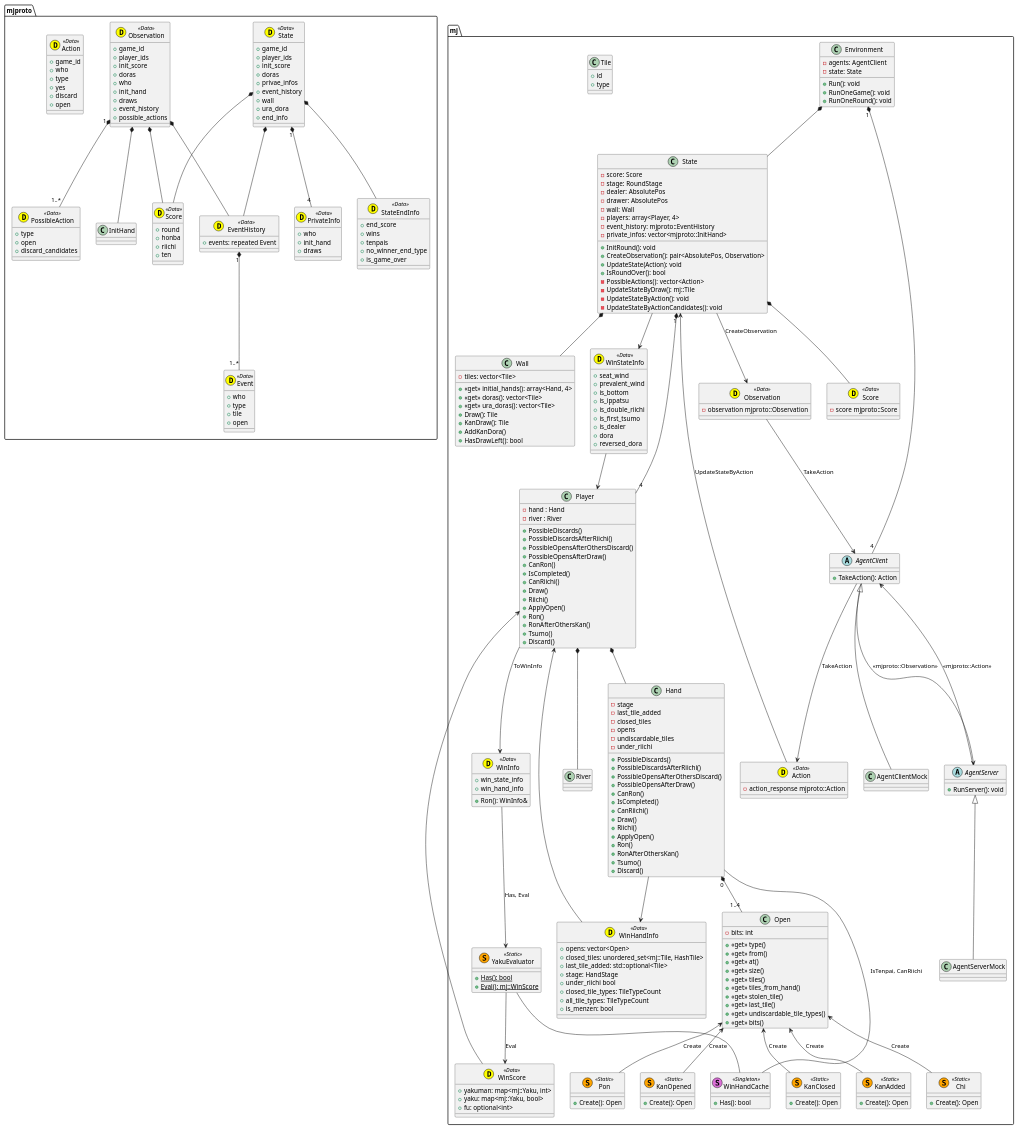
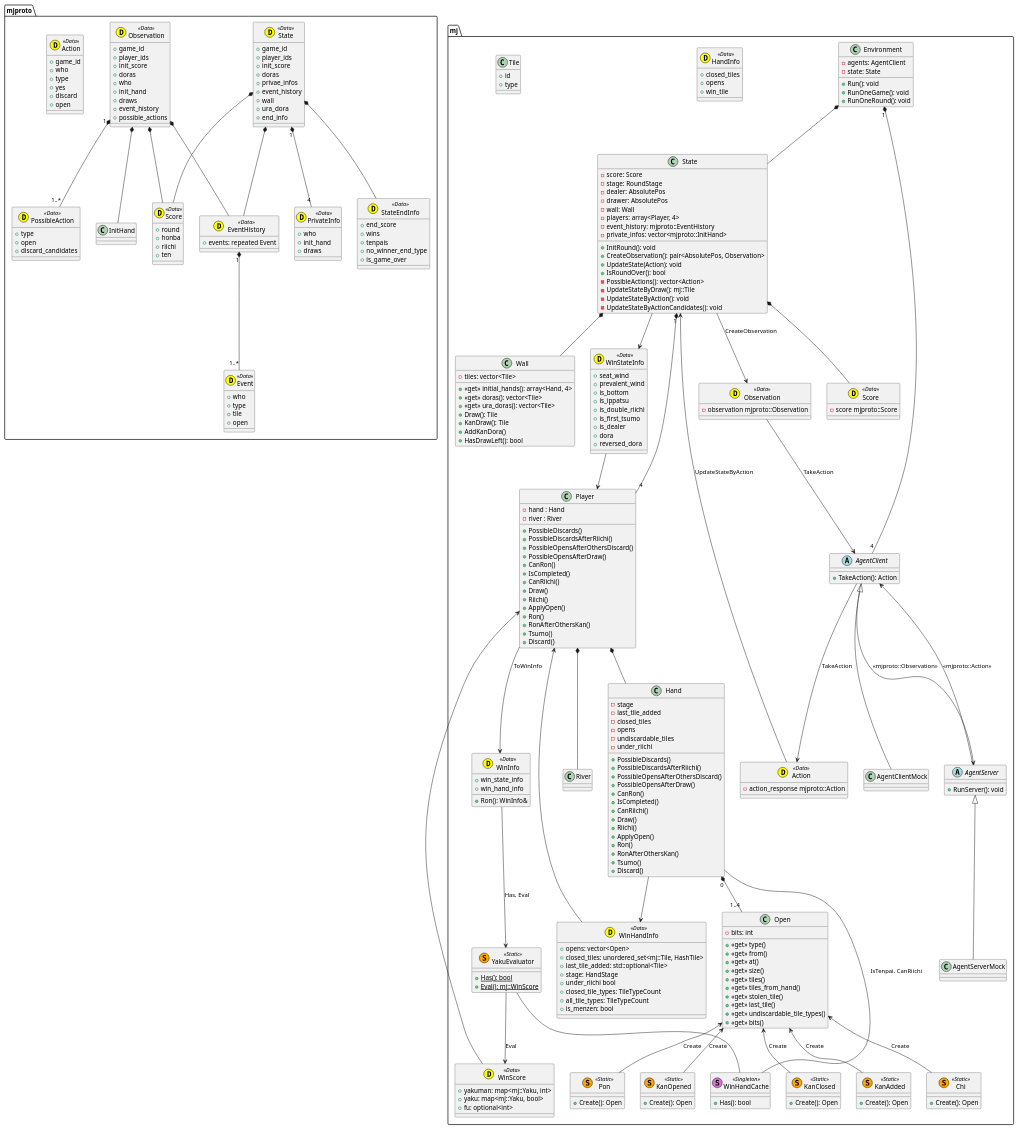
One commit to mjx-project/mjx changed the diagram in plantuml/diagram.pu. Above: the diagram before and after it, drawn with PlantUML. The commit also changed 11 other files, not shown here.

```diff
--- a/plantuml/diagram.pu
+++ b/plantuml/diagram.pu
@@ -136,6 +136,12 @@
     + closed_tile_types: TileTypeCount 
     + all_tile_types: TileTypeCount 
     + is_menzen: bool
+}
+
+class mj::HandInfo <<(D,yellow) Data>> {
+    + closed_tiles
+    + opens
+    + win_tile
 }
 
 class mj::State {
@@ -302,8 +308,8 @@
 mj::Player --> mj::WinInfo : ToWinInfo
 
 mj::Hand "0" *-- "1..4" mj::Open
+mj::Hand -- mj::WinHandCache : IsTenpai, CanRiichi
 mj::Hand --> mj::WinHandInfo
-mj::Hand -- mj::WinHandCache : IsTenpai, CanRiichi
 
 mj::WinHandInfo --> mj::Player
 
```
